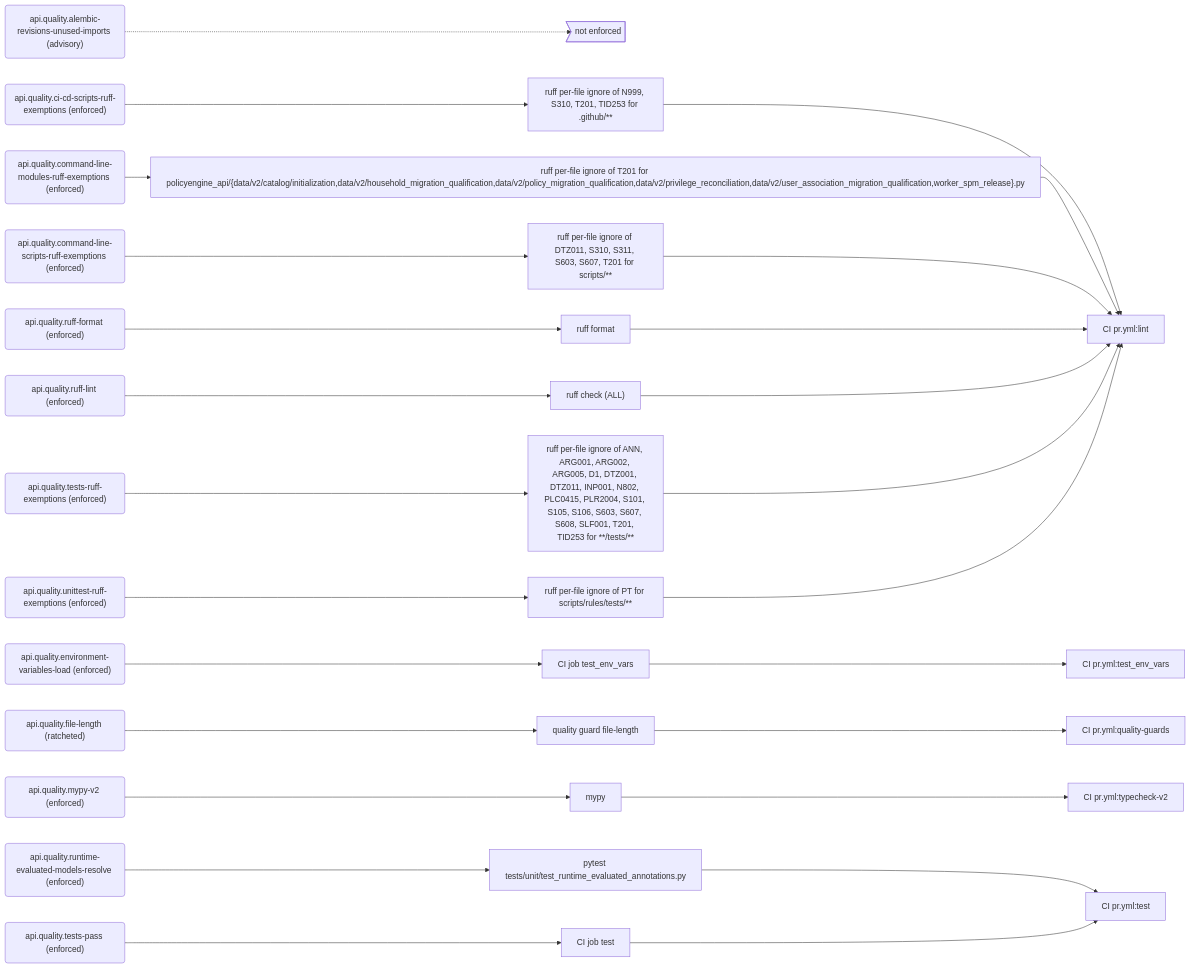
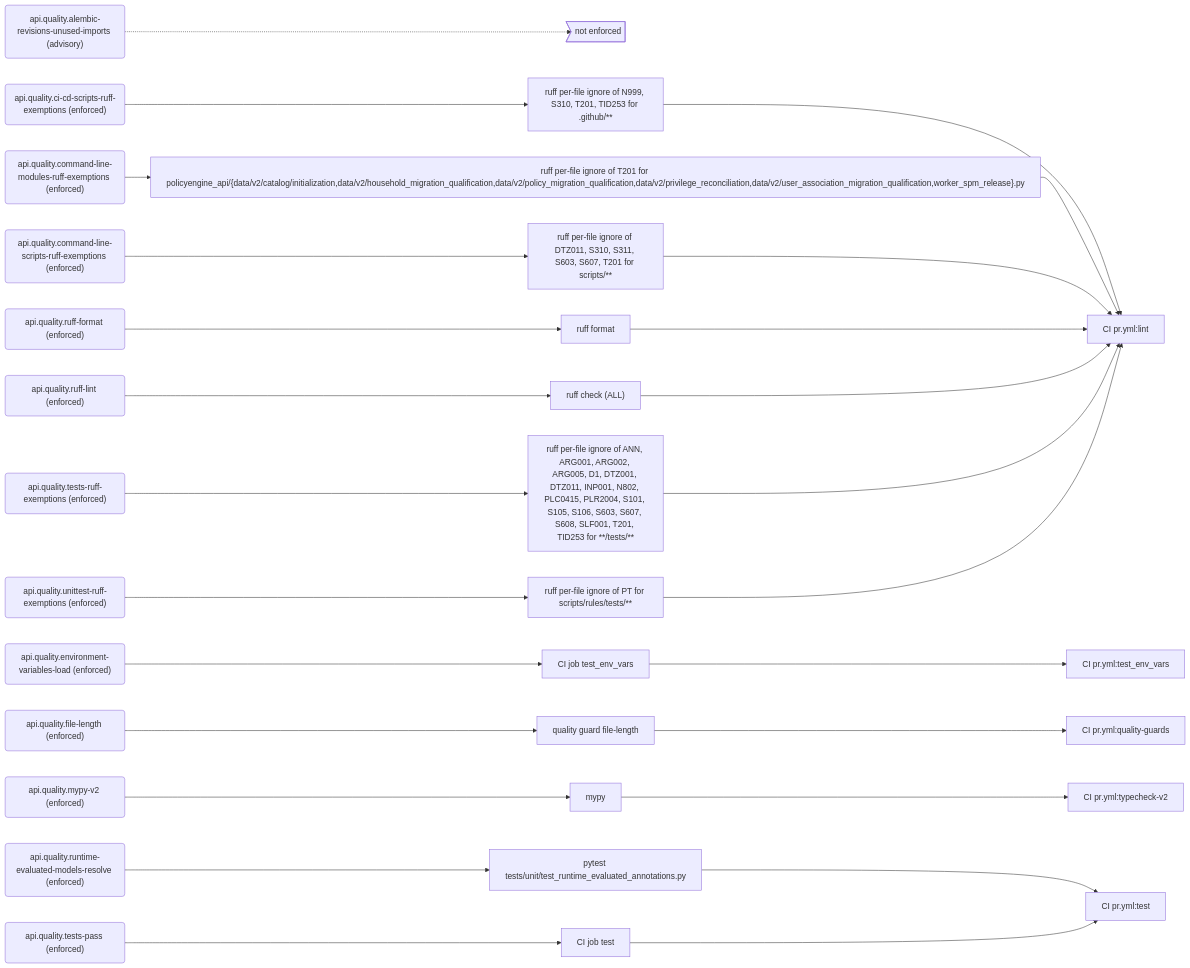
One commit to PolicyEngine/policyengine-api changed the seventh of 11 diagrams in docs/generated/rules.md. Above: the diagram before and after it, drawn with Mermaid. The commit also changed other lines of this file and 4 other files, not shown here.

````diff
--- a/docs/generated/rules.md
+++ b/docs/generated/rules.md
@@ -345,59 +345,59 @@
 ```mermaid
 flowchart LR
   r_api_quality_alembic_revisions_unused_imports("api.quality.alembic-revisions-unused-imports (advisory)")
   gap_unenforced>"not enforced"]
   r_api_quality_ci_cd_scripts_ruff_exemptions("api.quality.ci-cd-scripts-ruff-exemptions (enforced)")
   e_ruff_per_file_ignore_of_N999__S310__T201__TID253_for__github___["ruff per-file ignore of N999, S310, T201, TID253 for .github/**"]
   j_CI_pr_yml_lint["CI pr.yml:lint"]
   r_api_quality_command_line_modules_ruff_exemptions("api.quality.command-line-modules-ruff-exemptions (enforced)")
   e_ruff_per_file_ignore_of_T201_for_policyengine_api__data_v2_catalog_initialization_data_v2_household_migration_qualification_data_v2_policy_migration_qualification_data_v2_privilege_reconciliation_data_v2_user_association_migration_qualification_worker_spm_release__py["ruff per-file ignore of T201 for policyengine_api/{data/v2/catalog/initialization,data/v2/household_migration_qualification,data/v2/policy_migration_qualification,data/v2/privilege_reconciliation,data/v2/user_association_migration_qualification,worker_spm_release}.py"]
   r_api_quality_command_line_scripts_ruff_exemptions("api.quality.command-line-scripts-ruff-exemptions (enforced)")
   e_ruff_per_file_ignore_of_DTZ011__S310__S311__S603__S607__T201_for_scripts___["ruff per-file ignore of DTZ011, S310, S311, S603, S607, T201 for scripts/**"]
   r_api_quality_environment_variables_load("api.quality.environment-variables-load (enforced)")
   e_CI_job_test_env_vars["CI job test_env_vars"]
   j_CI_pr_yml_test_env_vars["CI pr.yml:test_env_vars"]
-  r_api_quality_file_length("api.quality.file-length (ratcheted)")
+  r_api_quality_file_length("api.quality.file-length (enforced)")
   e_quality_guard_file_length["quality guard file-length"]
   j_CI_pr_yml_quality_guards["CI pr.yml:quality-guards"]
   r_api_quality_mypy_v2("api.quality.mypy-v2 (enforced)")
   e_mypy["mypy"]
   j_CI_pr_yml_typecheck_v2["CI pr.yml:typecheck-v2"]
   r_api_quality_ruff_format("api.quality.ruff-format (enforced)")
   e_ruff_format["ruff format"]
   r_api_quality_ruff_lint("api.quality.ruff-lint (enforced)")
   e_ruff_check__ALL_["ruff check (ALL)"]
   r_api_quality_runtime_evaluated_models_resolve("api.quality.runtime-evaluated-models-resolve (enforced)")
   e_pytest_tests_unit_test_runtime_evaluated_annotations_py["pytest tests/unit/test_runtime_evaluated_annotations.py"]
   j_CI_pr_yml_test["CI pr.yml:test"]
   r_api_quality_tests_pass("api.quality.tests-pass (enforced)")
   e_CI_job_test["CI job test"]
   r_api_quality_tests_ruff_exemptions("api.quality.tests-ruff-exemptions (enforced)")
   e_ruff_per_file_ignore_of_ANN__ARG001__ARG002__ARG005__D1__DTZ001__DTZ011__INP001__N802__PLC0415__PLR2004__S101__S105__S106__S603__S607__S608__SLF001__T201__TID253_for____tests___["ruff per-file ignore of ANN, ARG001, ARG002, ARG005, D1, DTZ001, DTZ011, INP001, N802, PLC0415, PLR2004, S101, S105, S106, S603, S607, S608, SLF001, T201, TID253 for **/tests/**"]
   r_api_quality_unittest_ruff_exemptions("api.quality.unittest-ruff-exemptions (enforced)")
   e_ruff_per_file_ignore_of_PT_for_scripts_rules_tests___["ruff per-file ignore of PT for scripts/rules/tests/**"]
   r_api_quality_alembic_revisions_unused_imports -.-> gap_unenforced
   r_api_quality_ci_cd_scripts_ruff_exemptions --> e_ruff_per_file_ignore_of_N999__S310__T201__TID253_for__github___
   e_ruff_per_file_ignore_of_N999__S310__T201__TID253_for__github___ --> j_CI_pr_yml_lint
   r_api_quality_command_line_modules_ruff_exemptions --> e_ruff_per_file_ignore_of_T201_for_policyengine_api__data_v2_catalog_initialization_data_v2_household_migration_qualification_data_v2_policy_migration_qualification_data_v2_privilege_reconciliation_data_v2_user_association_migration_qualification_worker_spm_release__py
   e_ruff_per_file_ignore_of_T201_for_policyengine_api__data_v2_catalog_initialization_data_v2_household_migration_qualification_data_v2_policy_migration_qualification_data_v2_privilege_reconciliation_data_v2_user_association_migration_qualification_worker_spm_release__py --> j_CI_pr_yml_lint
   r_api_quality_command_line_scripts_ruff_exemptions --> e_ruff_per_file_ignore_of_DTZ011__S310__S311__S603__S607__T201_for_scripts___
   e_ruff_per_file_ignore_of_DTZ011__S310__S311__S603__S607__T201_for_scripts___ --> j_CI_pr_yml_lint
   r_api_quality_environment_variables_load --> e_CI_job_test_env_vars
   e_CI_job_test_env_vars --> j_CI_pr_yml_test_env_vars
   r_api_quality_file_length --> e_quality_guard_file_length
   e_quality_guard_file_length --> j_CI_pr_yml_quality_guards
   r_api_quality_mypy_v2 --> e_mypy
   e_mypy --> j_CI_pr_yml_typecheck_v2
   r_api_quality_ruff_format --> e_ruff_format
   e_ruff_format --> j_CI_pr_yml_lint
   r_api_quality_ruff_lint --> e_ruff_check__ALL_
   e_ruff_check__ALL_ --> j_CI_pr_yml_lint
   r_api_quality_runtime_evaluated_models_resolve --> e_pytest_tests_unit_test_runtime_evaluated_annotations_py
   e_pytest_tests_unit_test_runtime_evaluated_annotations_py --> j_CI_pr_yml_test
   r_api_quality_tests_pass --> e_CI_job_test
   e_CI_job_test --> j_CI_pr_yml_test
   r_api_quality_tests_ruff_exemptions --> e_ruff_per_file_ignore_of_ANN__ARG001__ARG002__ARG005__D1__DTZ001__DTZ011__INP001__N802__PLC0415__PLR2004__S101__S105__S106__S603__S607__S608__SLF001__T201__TID253_for____tests___
   e_ruff_per_file_ignore_of_ANN__ARG001__ARG002__ARG005__D1__DTZ001__DTZ011__INP001__N802__PLC0415__PLR2004__S101__S105__S106__S603__S607__S608__SLF001__T201__TID253_for____tests___ --> j_CI_pr_yml_lint
   r_api_quality_unittest_ruff_exemptions --> e_ruff_per_file_ignore_of_PT_for_scripts_rules_tests___
   e_ruff_per_file_ignore_of_PT_for_scripts_rules_tests___ --> j_CI_pr_yml_lint
 ```
````
